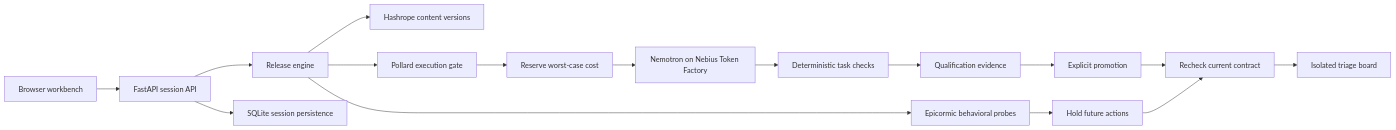
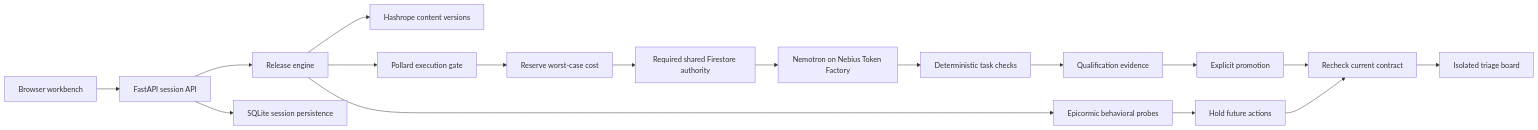
The diagram in docs/ARCHITECTURE.md (jemsbhai/releaseproof), drawn with Mermaid before and after one commit. The commit also changed other lines of this file and 19 other files, not shown here.

Commit message:
Require durable live budget authority and retain interrupted reservations

````diff
--- a/docs/ARCHITECTURE.md
+++ b/docs/ARCHITECTURE.md
@@ -5,18 +5,19 @@
 ```mermaid
 flowchart LR
     UI[Browser workbench] --> API[FastAPI session API]
     API --> Engine[Release engine]
     Engine --> Versions[Hashrope content versions]
     Engine --> Gate[Pollard execution gate]
     Gate --> Budget[Reserve worst-case cost]
-    Budget --> Model[Nemotron on Nebius Token Factory]
+    Budget --> Ledger[Required shared Firestore authority]
+    Ledger --> Model[Nemotron on Nebius Token Factory]
     Model --> Checks[Deterministic task checks]
     Checks --> Evidence[Qualification evidence]
     Evidence --> Promote[Explicit promotion]
     Promote --> Recheck[Recheck current contract]
     Recheck --> Board[Isolated triage board]
     Engine --> Probes[Epicormic behavioral probes]
     Probes --> Hold[Hold future actions]
     Hold --> Recheck
     API --> Store[SQLite session persistence]
 ```
````
